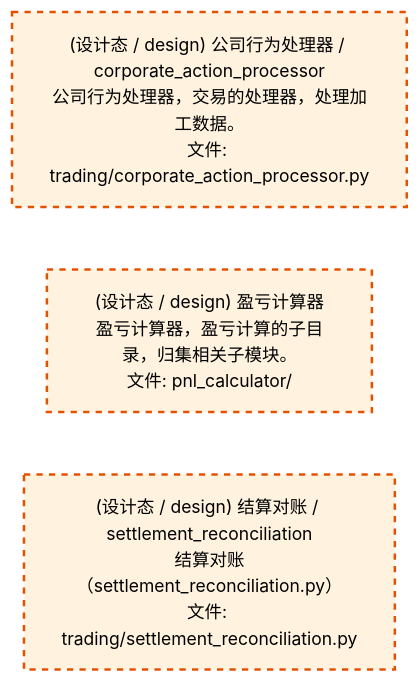
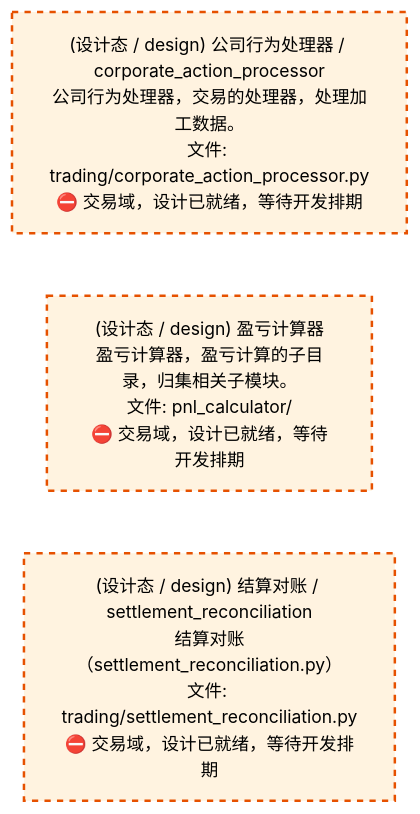
Before and after one commit to xuanFelixVan/ZephyrAlpha: the third of 4 diagrams in docs/02_enterprise_architecture/02_domain_architecture_docs/72_d_trading.md, drawn with Mermaid. The commit also changed other lines of this file and 50 other files, not shown here.

````diff
--- a/docs/02_enterprise_architecture/02_domain_architecture_docs/72_d_trading.md
+++ b/docs/02_enterprise_architecture/02_domain_architecture_docs/72_d_trading.md
@@ -298,14 +298,14 @@
 ```mermaid
 %%{init: {'theme': 'base', 'themeVariables': {'primaryColor': '#eaeaea', 'primaryTextColor': '#333333', 'primaryBorderColor': '#666666', 'lineColor': '#666666', 'secondaryColor': '#eaeaea', 'tertiaryColor': '#eaeaea', 'fontSize': '14px'}}}%%
 flowchart TD
-    src_zephyr_trading_corporate_action_processor_py["(设计态 / design) 公司行为处理器 / corporate_action_processor<br/>公司行为处理器，交易的处理器，处理加工数据。<br/>文件: trading/corporate_action_processor.py"]
-    src_zephyr_trading_pnl_calculator["(设计态 / design) 盈亏计算器<br/>盈亏计算器，盈亏计算的子目录，归集相关子模块。<br/>文件: pnl_calculator/"]
-    src_zephyr_trading_settlement_reconciliation_py["(设计态 / design) 结算对账 / settlement_reconciliation<br/>结算对账（settlement_reconciliation.py）<br/>文件: trading/settlement_reconciliation.py"]
+    src_zephyr_trading_corporate_action_processor_py["(设计态 / design) 公司行为处理器 / corporate_action_processor<br/>公司行为处理器，交易的处理器，处理加工数据。<br/>文件: trading/corporate_action_processor.py<br/>⛔ 交易域，设计已就绪，等待开发排期"]
+    src_zephyr_trading_pnl_calculator["(设计态 / design) 盈亏计算器<br/>盈亏计算器，盈亏计算的子目录，归集相关子模块。<br/>文件: pnl_calculator/<br/>⛔ 交易域，设计已就绪，等待开发排期"]
+    src_zephyr_trading_settlement_reconciliation_py["(设计态 / design) 结算对账 / settlement_reconciliation<br/>结算对账（settlement_reconciliation.py）<br/>文件: trading/settlement_reconciliation.py<br/>⛔ 交易域，设计已就绪，等待开发排期"]
     src_zephyr_trading_corporate_action_processor_py ~~~ src_zephyr_trading_pnl_calculator
     src_zephyr_trading_pnl_calculator ~~~ src_zephyr_trading_settlement_reconciliation_py
     classDef production fill:#e1f5fe,stroke:#01579b,stroke-width:2px,color:#000
     classDef design fill:#fff3e0,stroke:#e65100,stroke-width:2px,color:#000,stroke-dasharray: 5 5
     classDef external_prod fill:#e8f4fd,stroke:#0277bd,stroke-width:1px,color:#000
     classDef external_design fill:#fff8e7,stroke:#ef6c00,stroke-width:1px,color:#000,stroke-dasharray: 5 5
     class src_zephyr_trading_corporate_action_processor_py,src_zephyr_trading_pnl_calculator,src_zephyr_trading_settlement_reconciliation_py design
 ```
````
